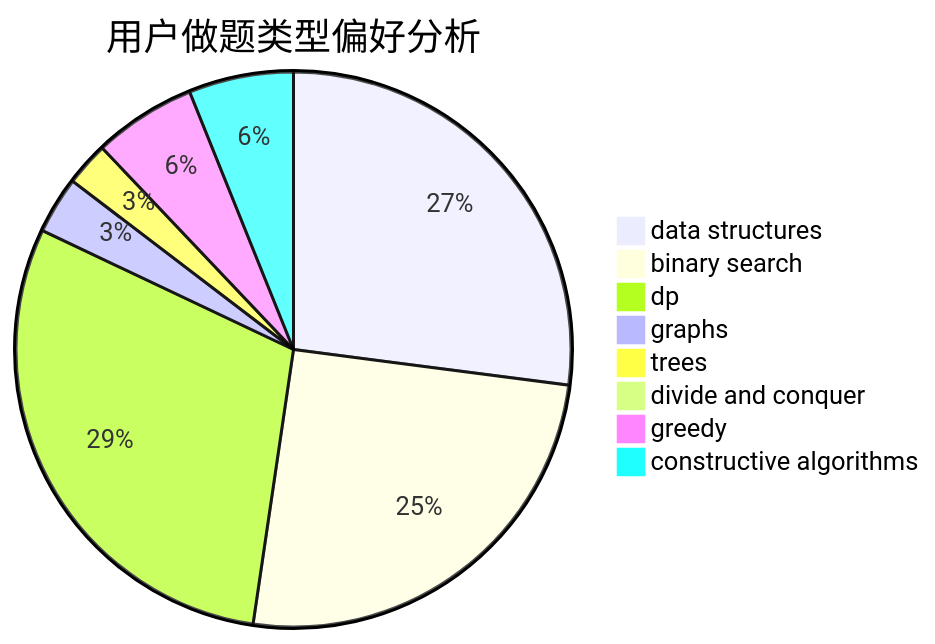
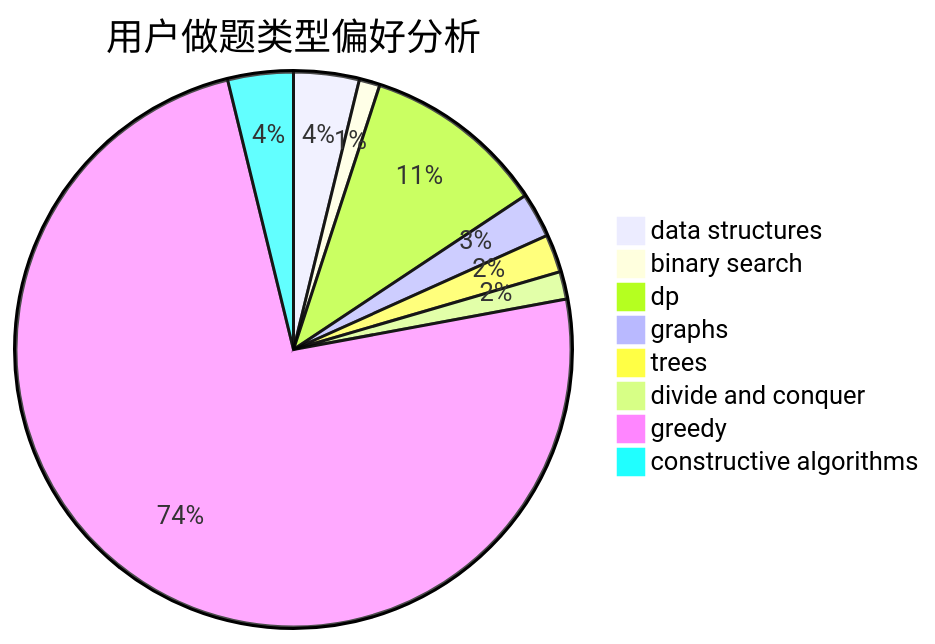
Before and after one commit to sherpahu/cfrs.github.io: the second of 3 diagrams in docs/user/u1118.md, drawn with Mermaid. The commit also changed other lines of this file and 2770 other files, not shown here.

````diff
--- a/docs/user/u1118.md
+++ b/docs/user/u1118.md
@@ -23,11 +23,11 @@
 ```mermaid
 pie title 用户做题类型偏好分析
-    "data structures" :  244
-    "binary search" :  228
-    "dp" :  268
-    "graphs" :  30
-    "trees" :  23
+    "data structures" :  19
+    "binary search" :  6
+    "dp" :  53
+    "graphs" :  13
+    "trees" :  11
     "divide and conquer" :  8
-    "greedy" :  54
-    "constructive algorithms" :  55
+    "greedy" :  369
+    "constructive algorithms" :  19
 ```
````
